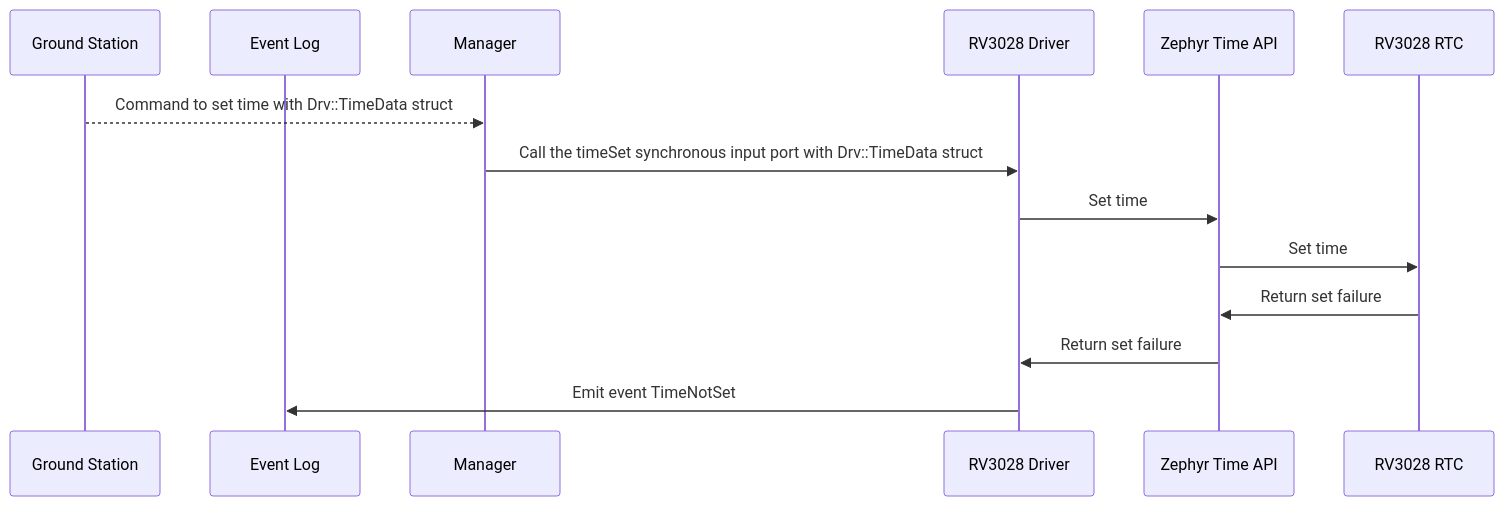
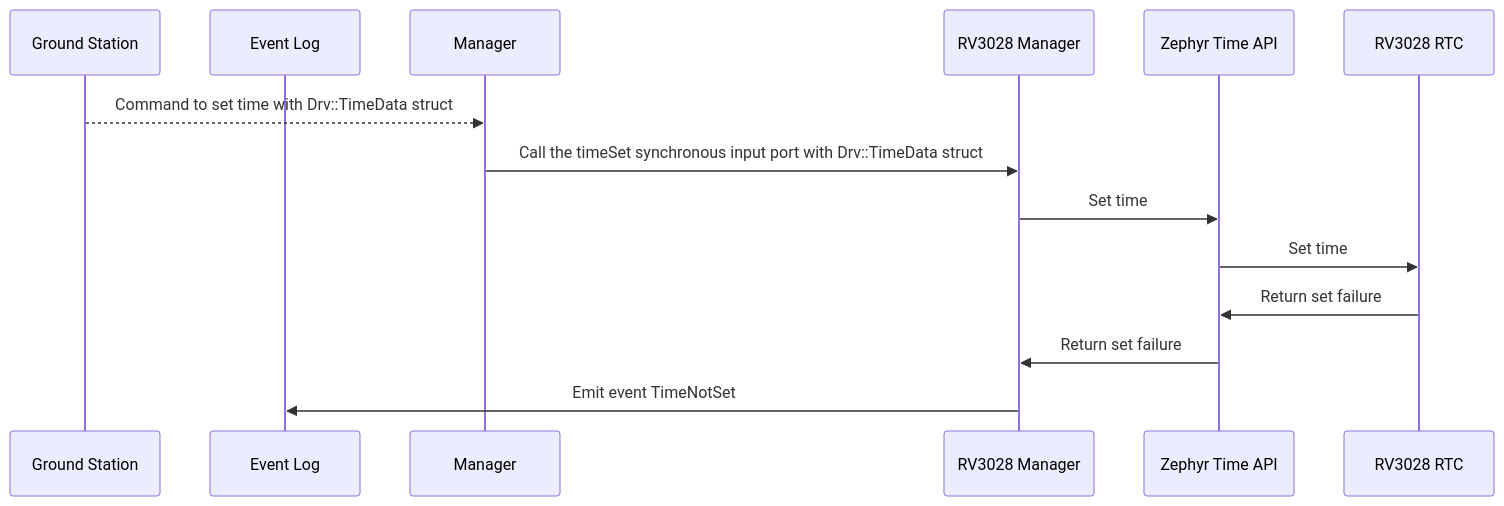
The eighth of 8 diagrams in FprimeZephyrReference/Components/Drv/Rv3028Manager/docs/sdd.md (Open-Source-Space-Foundation/proves-core-reference), drawn with Mermaid before and after one commit. The commit also changed other lines of this file and 8 other files, not shown here.

Commit message:
Rename references from Rv3028Driver to Rv3028Manager

````diff
--- a/FprimeZephyrReference/Components/Drv/Rv3028Manager/docs/sdd.md
+++ b/FprimeZephyrReference/Components/Drv/Rv3028Manager/docs/sdd.md
@@ -184,16 +184,16 @@
 ```mermaid
 sequenceDiagram
     participant Ground Station
     participant Event Log
     participant Manager
-    participant RV3028 Driver
+    participant RV3028 Manager
     participant Zephyr Time API
     participant RV3028 RTC
     Ground Station-->>Manager: Command to set time with Drv::TimeData struct
-    Manager->>RV3028 Driver: Call the timeSet synchronous input port with Drv::TimeData struct
-    RV3028 Driver->>Zephyr Time API: Set time
+    Manager->>RV3028 Manager: Call the timeSet synchronous input port with Drv::TimeData struct
+    RV3028 Manager->>Zephyr Time API: Set time
     Zephyr Time API->>RV3028 RTC: Set time
     RV3028 RTC->>Zephyr Time API: Return set failure
-    Zephyr Time API->>RV3028 Driver: Return set failure
-    RV3028 Driver->>Event Log: Emit event TimeNotSet
+    Zephyr Time API->>RV3028 Manager: Return set failure
+    RV3028 Manager->>Event Log: Emit event TimeNotSet
 ```
````
